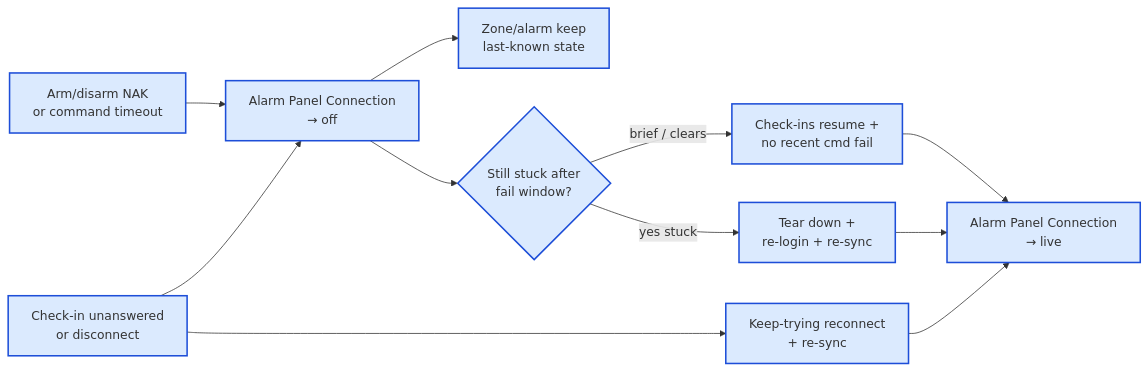
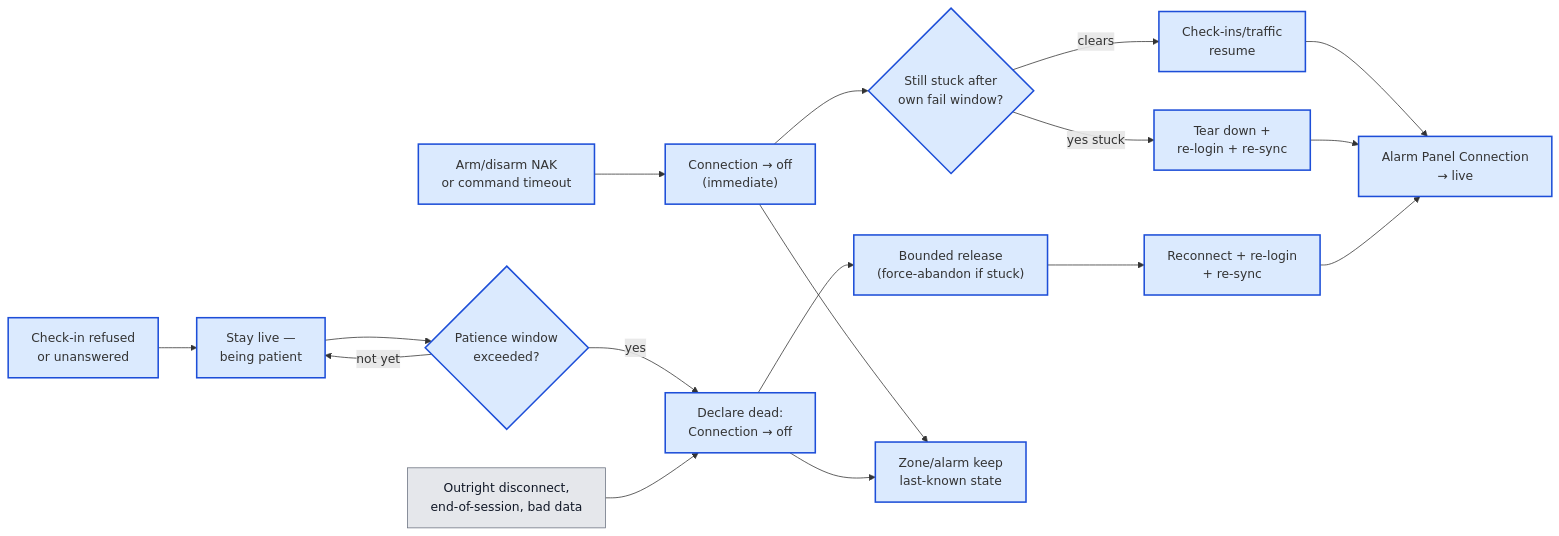
Before and after one commit to michaelmarconi/texecom_alarm: the fifth of 7 diagrams in docs/architecture.md, drawn with Mermaid. The commit also changed other lines of this file and 2 other files, not shown here.

First line of the commit message:
docs(adr): record ADR-020 (scheduled check-ins, patience window, bounded release)

````diff
--- a/docs/architecture.md
+++ b/docs/architecture.md
@@ -485,22 +518,35 @@
 ```mermaid
 flowchart LR
     Reject["Arm/disarm NAK<br/>or command timeout"]:::owned
-    HealthFail["Check-in unanswered<br/>or disconnect"]:::owned
-    Off["Alarm Panel Connection<br/>→ off"]:::owned
+    Off1["Connection → off<br/>(immediate)"]:::owned
+    Soft{"Still stuck after<br/>own fail window?"}:::owned
+    CheckInOk["Check-ins/traffic<br/>resume"]:::owned
+    Relogin["Tear down +<br/>re-login + re-sync"]:::owned
+
+    CheckInFail["Check-in refused<br/>or unanswered"]:::owned
+    Patient["Stay live —<br/>being patient"]:::owned
+    Window{"Patience window<br/>exceeded?"}:::owned
+    DeclareDead["Declare dead:<br/>Connection → off"]:::owned
+    Release["Bounded release<br/>(force-abandon if stuck)"]:::owned
+    Reconnect["Reconnect + re-login<br/>+ re-sync"]:::owned
+
+    Drop["Outright disconnect,<br/>end-of-session, bad data"]:::external
+
+    Live["Alarm Panel Connection<br/>→ live"]:::owned
     Keep["Zone/alarm keep<br/>last-known state"]:::owned
-    Soft{"Still stuck after<br/>fail window?"}:::owned
-    CheckInOk["Check-ins resume +<br/>no recent cmd fail"]:::owned
-    Relogin["Tear down +<br/>re-login + re-sync"]:::owned
-    Reconnect["Keep-trying reconnect<br/>+ re-sync"]:::owned
-    Live["Alarm Panel Connection<br/>→ live"]:::owned
 
-    Reject --> Off
-    HealthFail --> Off
-    Off --> Keep
-    Off --> Soft
-    Soft -->|brief / clears| CheckInOk --> Live
+    Reject --> Off1 --> Keep
+    Off1 --> Soft
+    Soft -->|clears| CheckInOk --> Live
     Soft -->|yes stuck| Relogin --> Live
-    HealthFail --> Reconnect --> Live
+
+    CheckInFail --> Patient --> Window
+    Window -->|not yet| Patient
+    Window -->|yes| DeclareDead --> Keep
+    DeclareDead --> Release --> Reconnect --> Live
+
+    Drop --> DeclareDead
 
     classDef owned fill:#dbeafe,stroke:#1d4ed8,stroke-width:2px
+    classDef external fill:#e5e7eb,stroke:#6b7280,color:#111827
 ```
````
